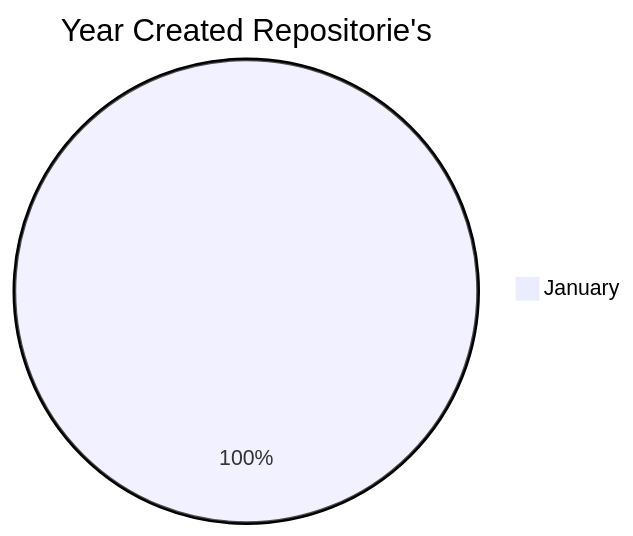
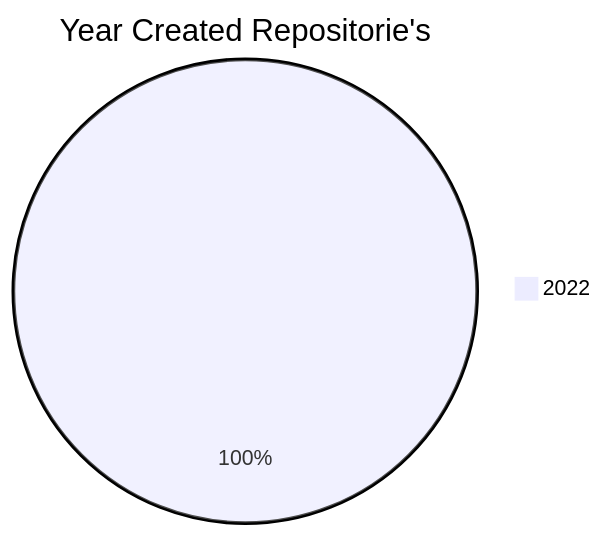
The second of 2 diagrams in README.md (BackdevHong/YOC), drawn with Mermaid before and after one commit. The commit also changed other lines of this file, not shown here.

````diff
--- a/README.md
+++ b/README.md
@@ -11,4 +11,4 @@
 ```mermaid
 pie title Year Created Repositorie's
-    "January" : 33
+    "2022" : 33
 ```
````
